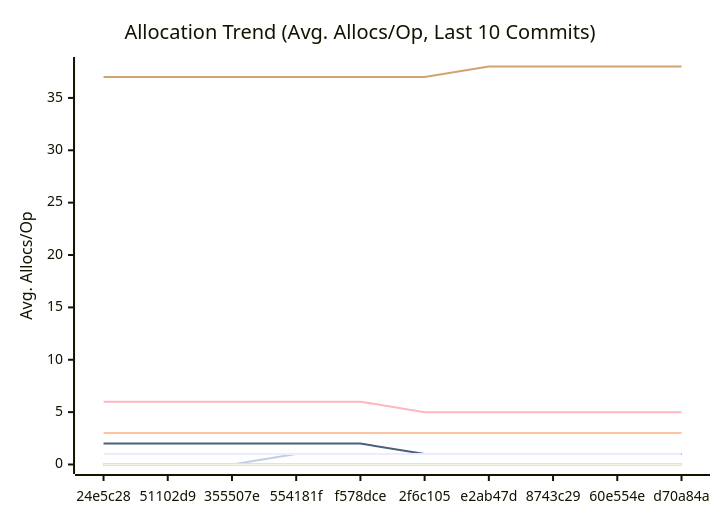
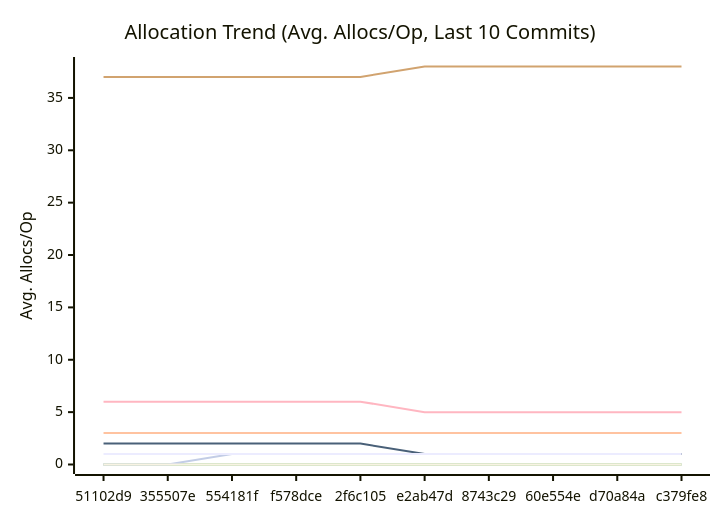
One commit to alsotoes/momo changed the third of 3 diagrams in docs/PERFORMANCE.md. Above: the diagram before and after it, drawn with Mermaid. The commit also changed other lines of this file and 3 other files, not shown here.

````diff
--- a/docs/PERFORMANCE.md
+++ b/docs/PERFORMANCE.md
@@ -176,18 +176,18 @@
 ```mermaid
 xychart-beta
     title "Allocation Trend (Avg. Allocs/Op, Last 10 Commits)"
     x-axis "Commit"
     y-axis "Avg. Allocs/Op"
-    x-axis [24e5c28,51102d9,355507e,554181f,f578dce,2f6c105,e2ab47d,8743c29,60e554e,d70a84a]
+    x-axis [51102d9,355507e,554181f,f578dce,2f6c105,e2ab47d,8743c29,60e554e,d70a84a,c379fe8]
     line "CheckMetricsAndSwap" [0,0,0,0,0,0,0,0,0,0]
     line "CrushOptimized" [0,0,0,0,0,0,0,0,0,0]
     line "CrushOriginal" [3,3,3,3,3,3,3,3,3,3]
     line "IndexDirectTracking" [0,0,0,0,0,0,0,0,0,0]
     line "IndexSearch" [0,0,0,0,0,0,0,0,0,0]
-    line "LoadGlobalConfig" [37,37,37,37,37,37,38,38,38,38]
-    line "PadString" [0,0,0,1,1,1,1,1,1,1]
+    line "LoadGlobalConfig" [37,37,37,37,37,38,38,38,38,38]
+    line "PadString" [0,0,1,1,1,1,1,1,1,1]
     line "ParseReplicationOrder_NoPrealloc" [6,6,6,6,6,5,5,5,5,5]
     line "ParseReplicationOrder_Prealloc" [2,2,2,2,2,1,1,1,1,1]
     line "SanitizeLog/Safe" [0,0,0,0,0,0,0,0,0,0]
     line "SanitizeLog/Unsafe" [1,1,1,1,1,1,1,1,1,1]
 ```
````
